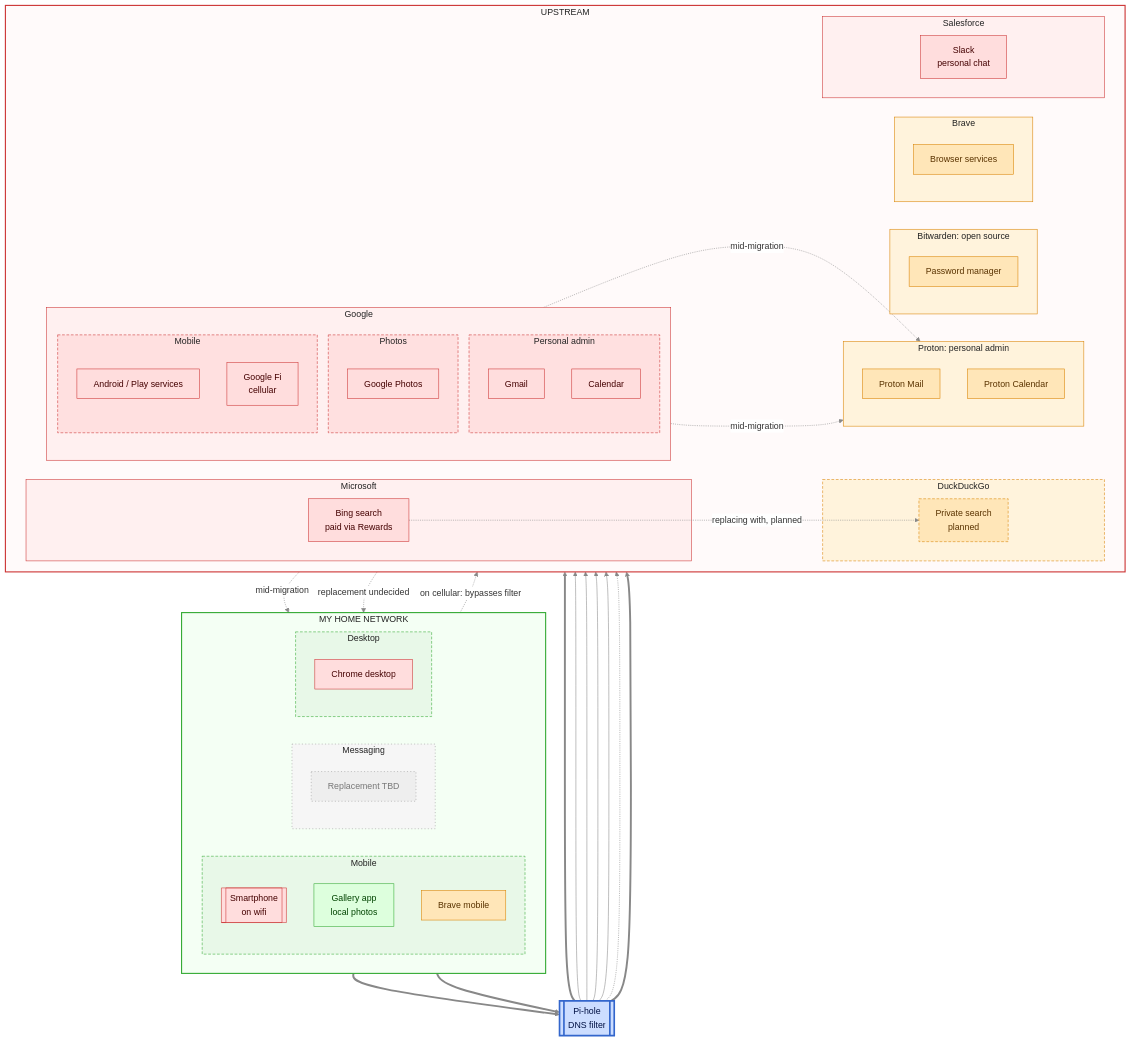
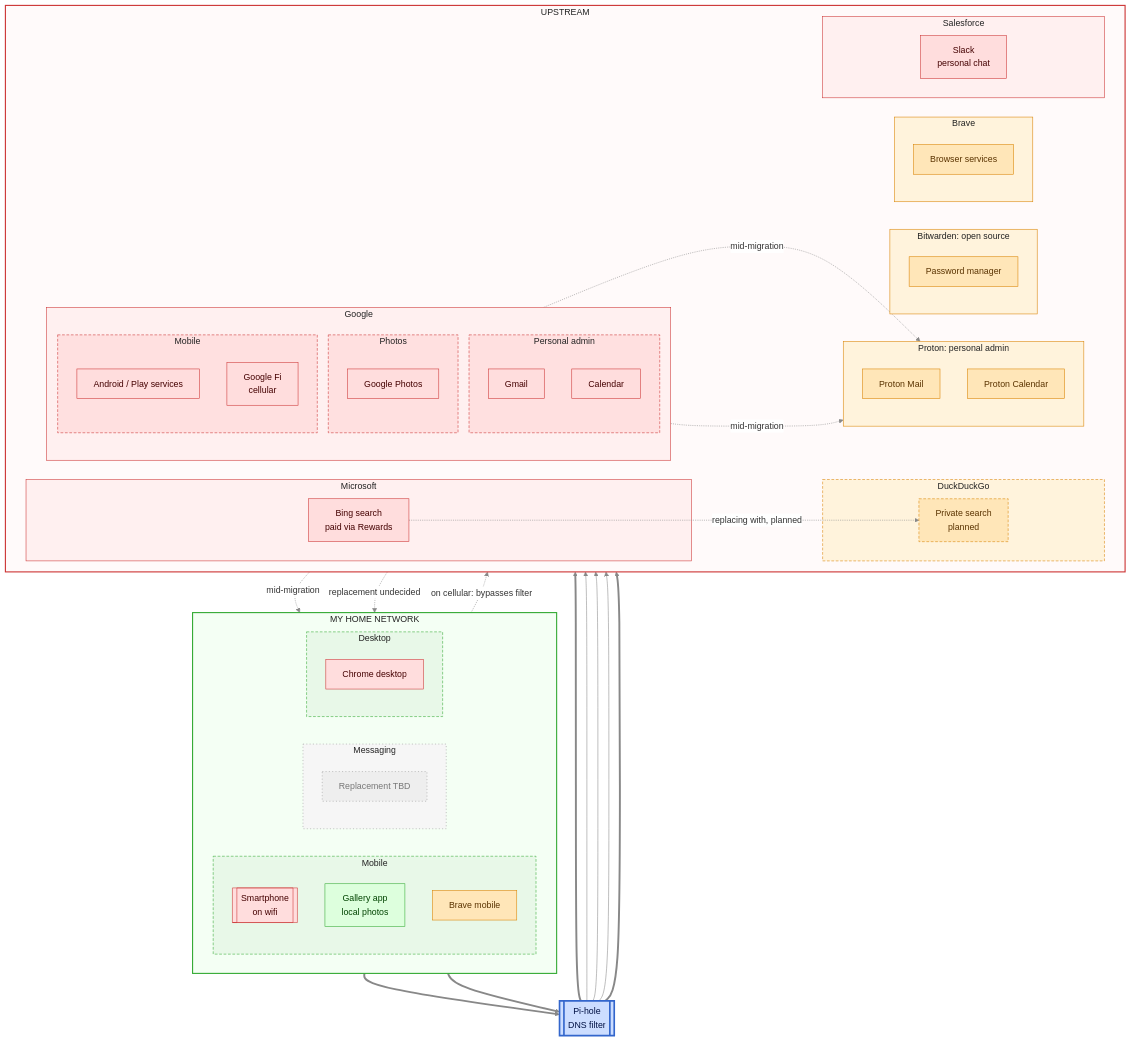
The fourth of 5 diagrams in README.md (lowlydba/torch-the-tech), drawn with Mermaid before and after one commit.

Commit message:
Drop extra Pi-hole edges to Proton and DuckDuckGo in chart 3

```diff
--- a/README.md
+++ b/README.md
@@ -341,11 +341,9 @@
     h_mobile ==> pihole
     h_desktop ==> pihole
     pihole ==> google
-    pihole --> proton
     pihole --> bitwarden
     pihole --> brave
     pihole --> msft
-    pihole -.-> ddg
     pihole ==> salesforce
 
     pixel -. "on cellular: bypasses filter" .-> fi
```
